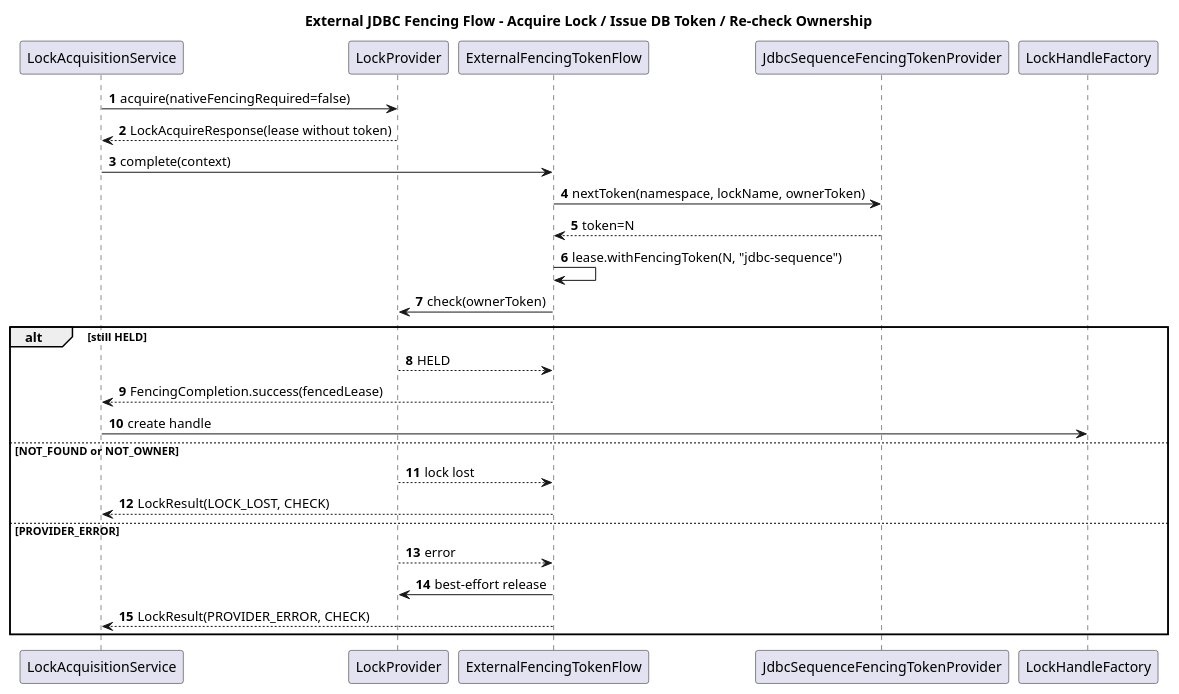
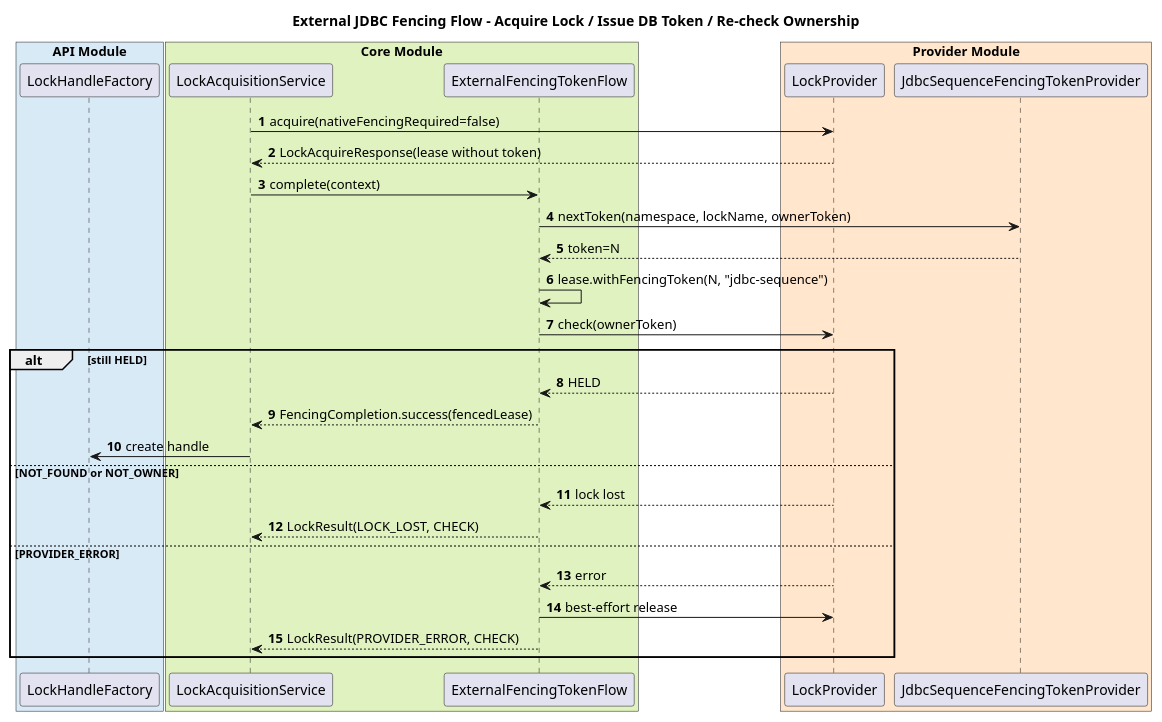
Before and after one commit to pbxjtumse/cola-web-standard: the diagram in component/distributed-lock-component/docs/sequence/L1-main-flow/external-jdbc-fencing-sequence.puml, drawn with PlantUML. The commit also changed 21 other files, not shown here.

```diff
--- a/component/distributed-lock-component/docs/sequence/L1-main-flow/external-jdbc-fencing-sequence.puml
+++ b/component/distributed-lock-component/docs/sequence/L1-main-flow/external-jdbc-fencing-sequence.puml
@@ -1,30 +1,40 @@
 @startuml
 title External JDBC Fencing Flow - Acquire Lock / Issue DB Token / Re-check Ownership
 autonumber
 skinparam shadowing false
+
+box "API Module" #D9EAF7
+participant "LockHandleFactory" as Factory
+end box
+
+box "Core Module" #DFF2BF
 participant "LockAcquisitionService" as Acquire
+participant "ExternalFencingTokenFlow" as Flow
+end box
+
+box "Provider Module" #FFE6CC
 participant "LockProvider" as Provider
-participant "ExternalFencingTokenFlow" as Flow
 participant "JdbcSequenceFencingTokenProvider" as JdbcToken
-participant "LockHandleFactory" as Factory
+end box
+
 
 Acquire -> Provider : acquire(nativeFencingRequired=false)
 Provider --> Acquire : LockAcquireResponse(lease without token)
 Acquire -> Flow : complete(context)
 Flow -> JdbcToken : nextToken(namespace, lockName, ownerToken)
 JdbcToken --> Flow : token=N
 Flow -> Flow : lease.withFencingToken(N, "jdbc-sequence")
 Flow -> Provider : check(ownerToken)
 alt still HELD
   Provider --> Flow : HELD
   Flow --> Acquire : FencingCompletion.success(fencedLease)
   Acquire -> Factory : create handle
 else NOT_FOUND or NOT_OWNER
   Provider --> Flow : lock lost
   Flow --> Acquire : LockResult(LOCK_LOST, CHECK)
 else PROVIDER_ERROR
   Provider --> Flow : error
   Flow -> Provider : best-effort release
   Flow --> Acquire : LockResult(PROVIDER_ERROR, CHECK)
 end
 @enduml
```
